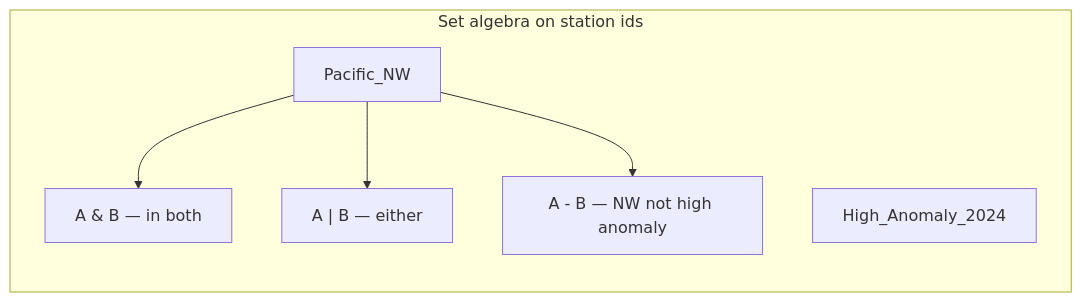
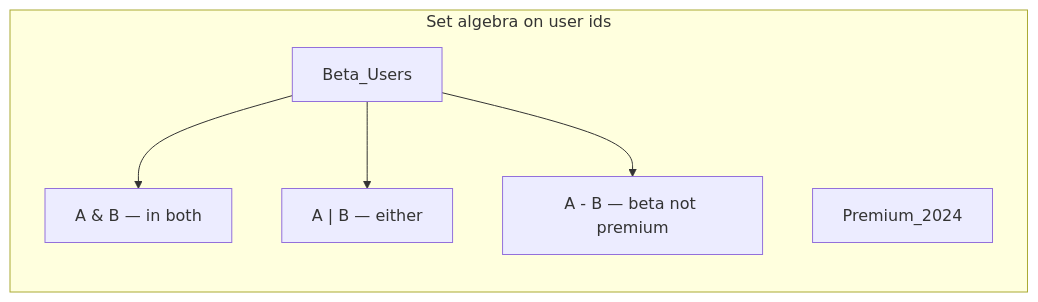
One commit to qgjones9/python-programming-guide changed the first of 4 diagrams in docs/dsa/data-structures/sets/index.md. Above: the diagram before and after it, drawn with Mermaid. The commit also changed other lines of this file and 31 other files, not shown here.

````diff
--- a/docs/dsa/data-structures/sets/index.md
+++ b/docs/dsa/data-structures/sets/index.md
@@ -31,10 +31,10 @@
 ```mermaid
 flowchart LR
-  subgraph ops["Set algebra on station ids"]
-    A["Pacific_NW"]
-    B["High_Anomaly_2024"]
-    A --> I["A & B — in both"]
-    A --> U["A | B — either"]
-    A --> D["A - B — NW not high anomaly"]
-  end
+ subgraph ops["Set algebra on user ids"]
+ A["Beta_Users"]
+ B["Premium_2024"]
+ A --> I["A & B — in both"]
+ A --> U["A | B — either"]
+ A --> D["A - B — beta not premium"]
+ end
 ```
````
